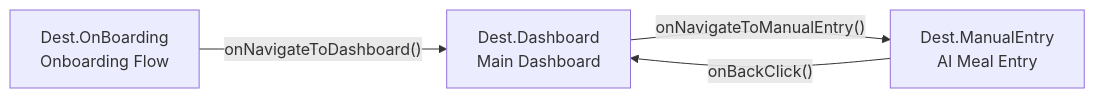
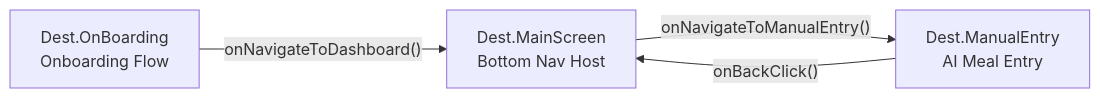
The fifth of 6 diagrams in docs/ARCHITECTURE.md (saqibcheema/calourie_ai), drawn with Mermaid before and after one commit. The commit also changed other lines of this file and 2 other files, not shown here.

Commit message:
docs: update documentation with screenshots, new screens (Statistics, Profile, AiVision, MainScreen), correct navigation graph, and 8 ViewModels

````diff
--- a/docs/ARCHITECTURE.md
+++ b/docs/ARCHITECTURE.md
@@ -221,10 +223,10 @@
 ```mermaid
 graph LR
     OnBoarding["Dest.OnBoarding<br/>Onboarding Flow"]
-    Dashboard["Dest.Dashboard<br/>Main Dashboard"]
+    MainScreen["Dest.MainScreen<br/>Bottom Nav Host"]
     ManualEntry["Dest.ManualEntry<br/>AI Meal Entry"]
 
-    OnBoarding -->|"onNavigateToDashboard()"| Dashboard
-    Dashboard -->|"onNavigateToManualEntry()"| ManualEntry
-    ManualEntry -->|"onBackClick()"| Dashboard
+    OnBoarding -->|"onNavigateToDashboard()"| MainScreen
+    MainScreen -->|"onNavigateToManualEntry()"| ManualEntry
+    ManualEntry -->|"onBackClick()"| MainScreen
 ```
````
